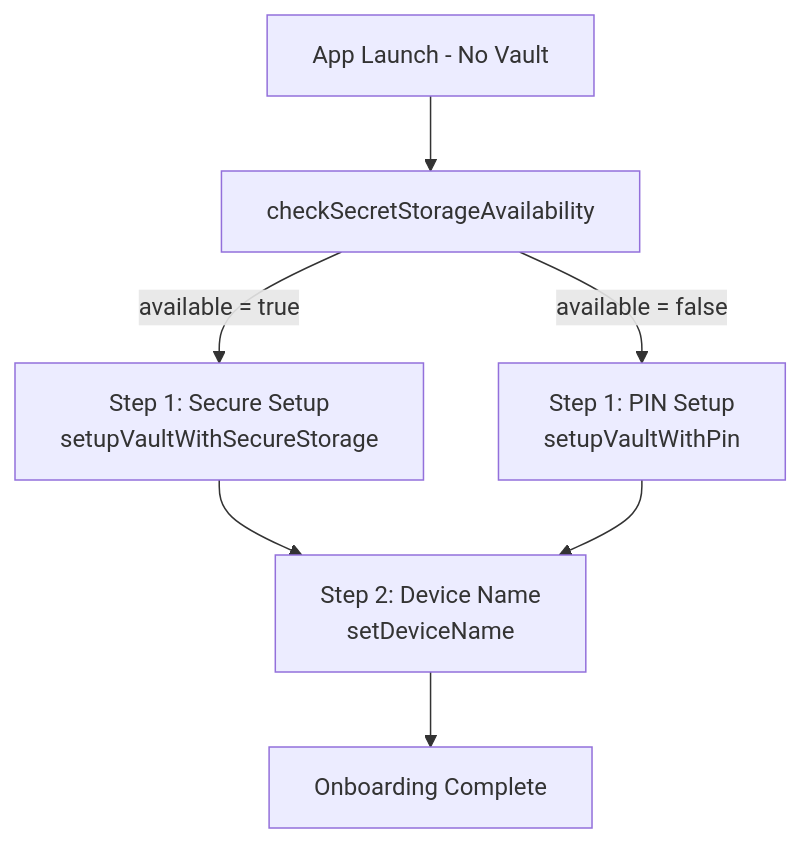
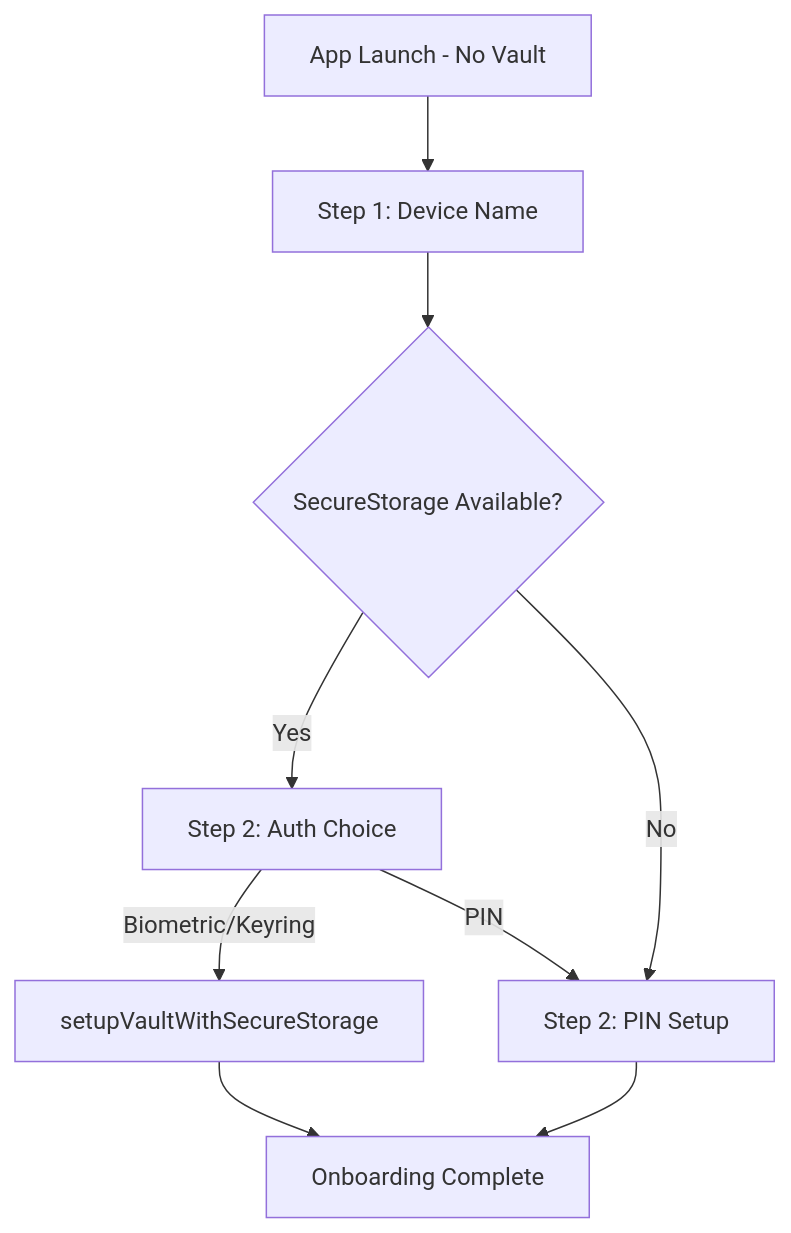
Before and after one commit to decentpaste/decentpaste: the second of 3 diagrams in docs/hw-security/plan.md, drawn with Mermaid. The commit also changed other lines of this file and 1 other file, not shown here.

First line of the commit message:
fix(android): resolve JSON serialization issue in `retrieveSecret`

````diff
--- a/docs/hw-security/plan.md
+++ b/docs/hw-security/plan.md
@@ -377,12 +387,14 @@
 ```mermaid
 flowchart TD
-    Start[App Launch - No Vault] --> Check[checkSecretStorageAvailability]
+    Start[App Launch - No Vault] --> DeviceName[Step 1: Device Name]
+    DeviceName --> Check{SecureStorage Available?}
 
-    Check -->|available = true| SS1[Step 1: Secure Setup<br/>setupVaultWithSecureStorage]
-    Check -->|available = false| PIN1[Step 1: PIN Setup<br/>setupVaultWithPin]
+    Check -->|Yes| AuthChoice[Step 2: Auth Choice]
+    Check -->|No| PINSetup[Step 2: PIN Setup]
 
-    SS1 --> Name[Step 2: Device Name<br/>setDeviceName]
-    PIN1 --> Name
+    AuthChoice -->|Biometric/Keyring| SecureSetup[setupVaultWithSecureStorage]
+    AuthChoice -->|PIN| PINSetup
 
-    Name --> Done[Onboarding Complete]
+    SecureSetup --> Done[Onboarding Complete]
+    PINSetup --> Done
 ```
````
